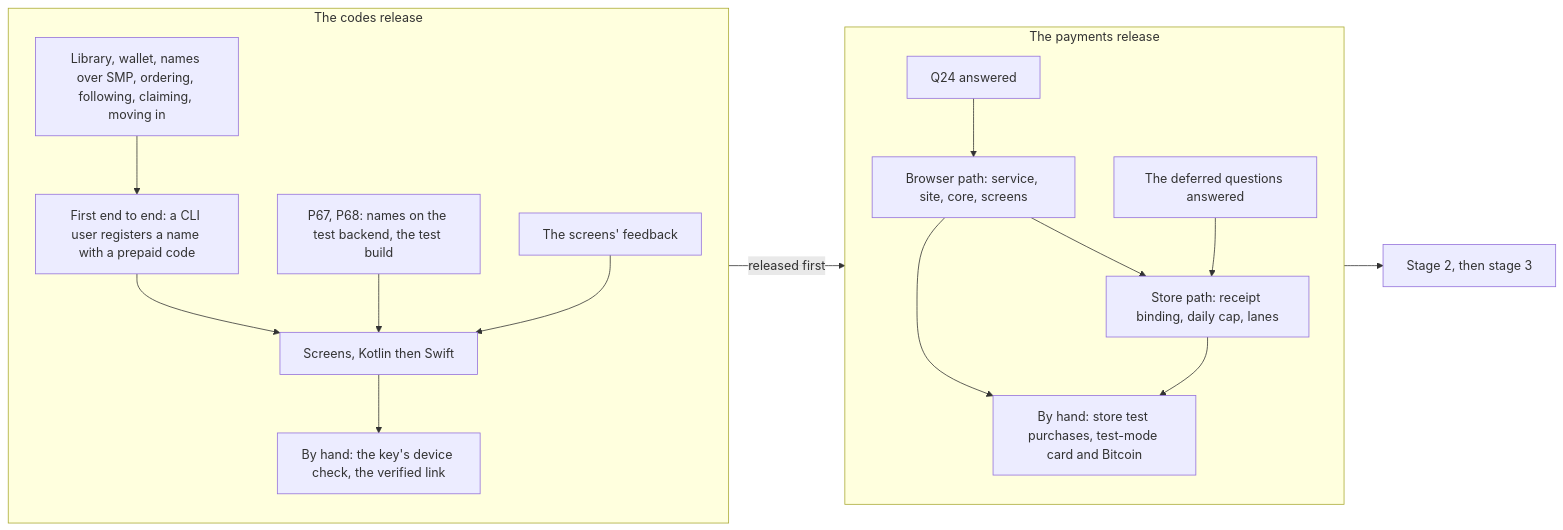
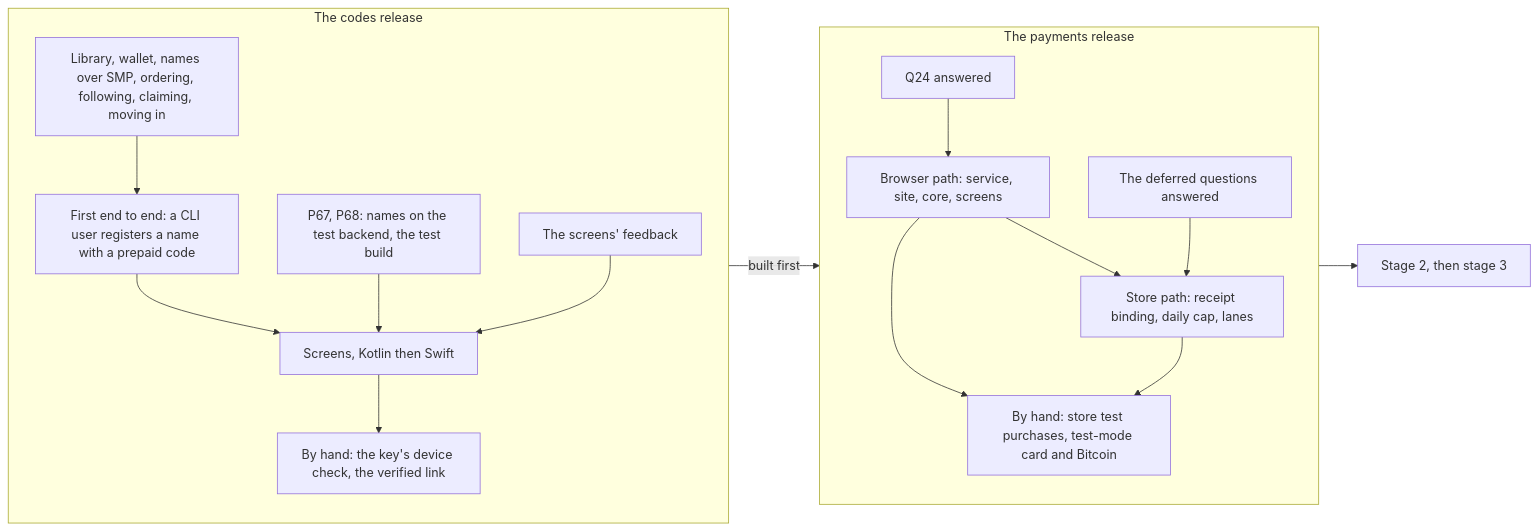
The tenth of 11 diagrams in plans/2026-10-30-names-in-app-purchases.md (simplex-chat/simplex-chat), drawn with Mermaid before and after one commit. The commit also changed other lines of this file, not shown here.

````diff
--- a/plans/2026-10-30-names-in-app-purchases.md
+++ b/plans/2026-10-30-names-in-app-purchases.md
@@ -1320,32 +1320,32 @@
 ```mermaid
 flowchart LR
   subgraph codes["The codes release"]
     direction TB
     dev["P67, P68: names on the test backend, the test build"]
     core["Library, wallet, names over SMP, ordering, following, claiming, moving in"]
     e2e["First end to end: a CLI user registers a name with a prepaid code"]
     fb["The screens' feedback"]
     ui["Screens, Kotlin then Swift"]
     hand1["By hand: the key's device check, the verified link"]
     core --> e2e
     e2e --> ui
     dev --> ui
     fb --> ui
     ui --> hand1
   end
   subgraph pay["The payments release"]
     direction TB
     q24["Q24 answered"]
     qd["The deferred questions answered"]
     browser["Browser path: service, site, core, screens"]
     store["Store path: receipt binding, daily cap, lanes"]
     hand2["By hand: store test purchases, test-mode card and Bitcoin"]
     q24 --> browser
     qd --> store
     browser --> store
     browser --> hand2
     store --> hand2
   end
-  codes -->|"released first"| pay
+  codes -->|"built first"| pay
   pay --> later["Stage 2, then stage 3"]
 ```
````
